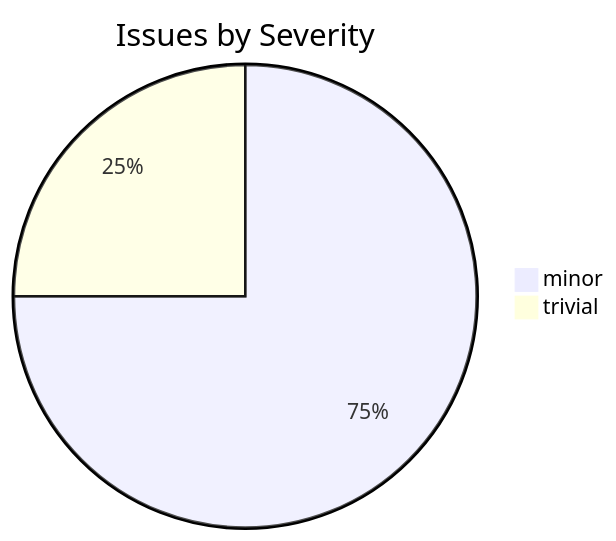
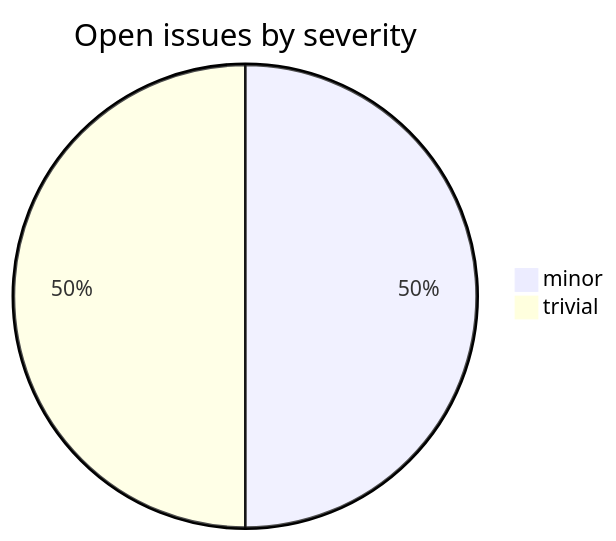
One commit to sanskrit-lexicon/csl-doc changed the second of 2 diagrams in README.md. Above: the diagram before and after it, drawn with Mermaid. The commit also changed other lines of this file, not shown here.

````diff
--- a/README.md
+++ b/README.md
@@ -25,5 +36,5 @@
 ```mermaid
-pie title Issues by Severity
-    "minor" : 3
+pie title Open issues by severity
+    "minor" : 1
     "trivial" : 1
 ```
````
